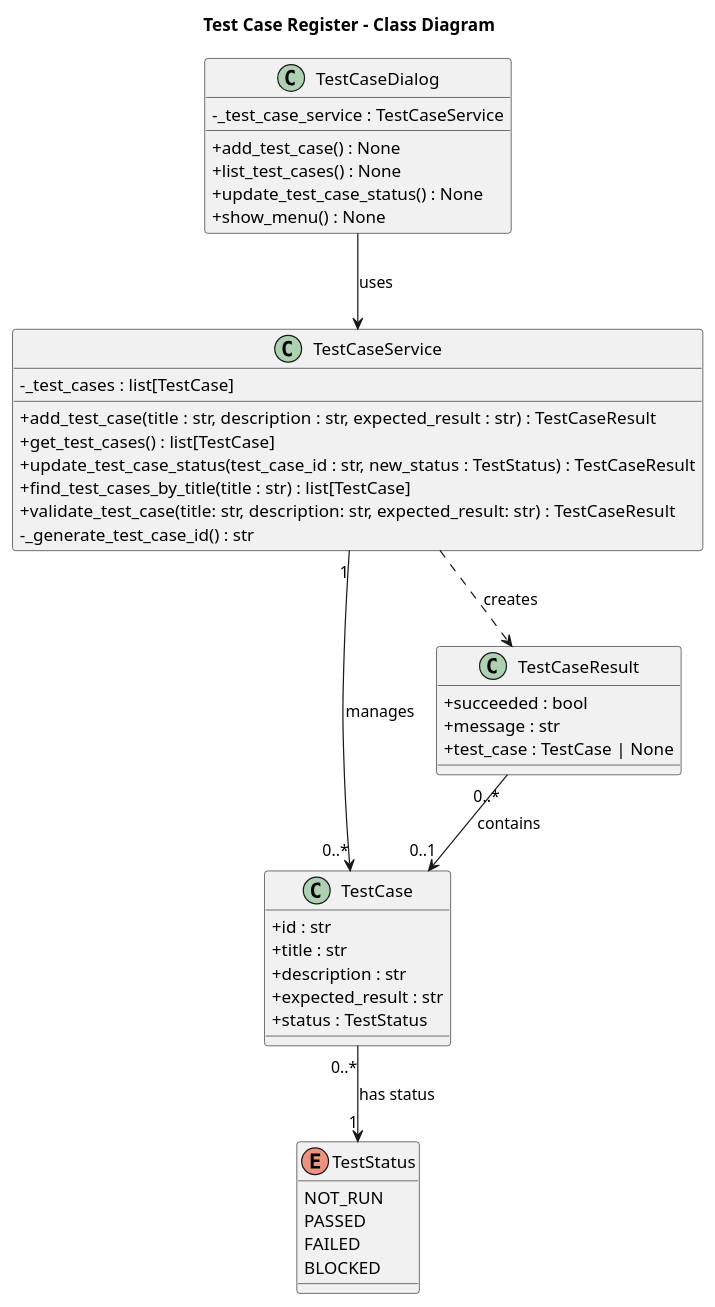
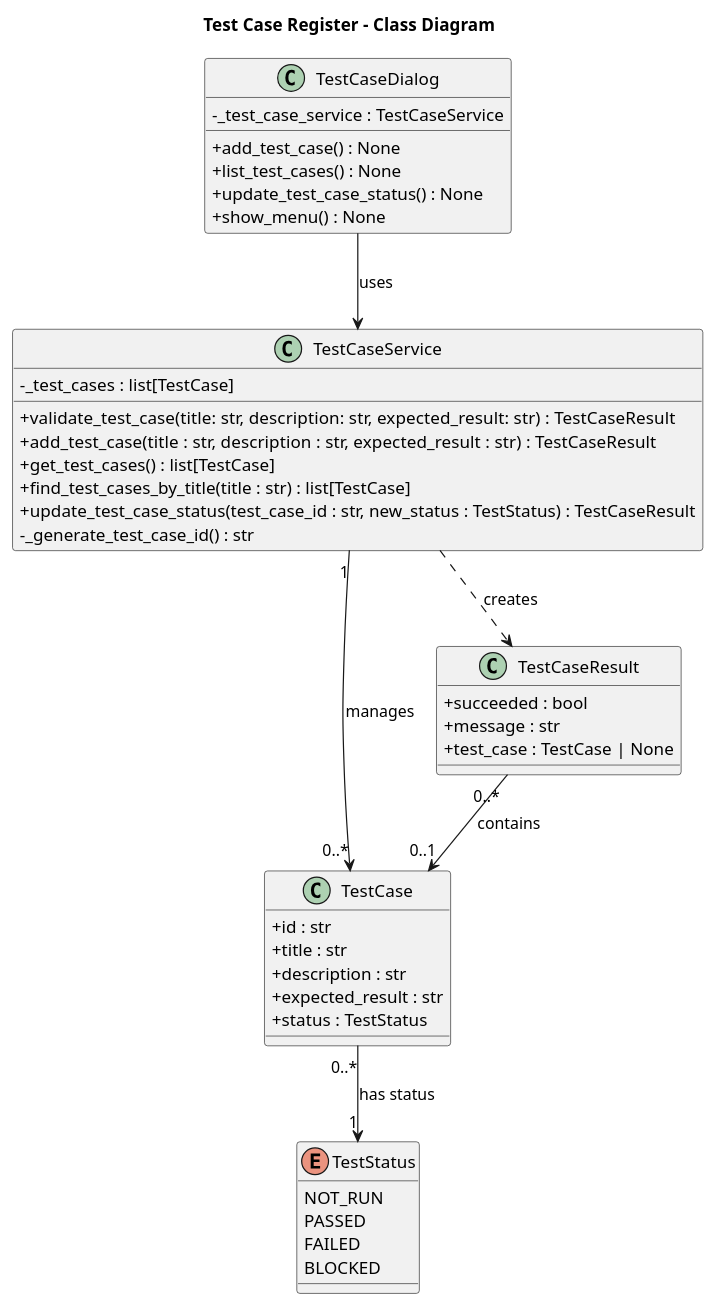
Before and after one commit to h-jungar/OOP: the diagram in test_case_register-app/tc_class_diagram.puml, drawn with PlantUML. The commit also changed other lines of this file and 3 other files, not shown here.

```diff
--- a/test_case_register-app/tc_class_diagram.puml
+++ b/test_case_register-app/tc_class_diagram.puml
@@ -1,52 +1,52 @@
 @startuml classdiagram
     title Test Case Register - Class Diagram
 
     skinparam classAttributeIconSize 0
 
     class TestCase {
         +id : str
         +title : str
         +description : str
         +expected_result : str
         +status : TestStatus
     }
 
     enum TestStatus {
         NOT_RUN
         PASSED
         FAILED
         BLOCKED
     }
 
     class TestCaseResult {
         +succeeded : bool
         +message : str
         +test_case : TestCase | None
     }
 
     class TestCaseService {
         -_test_cases : list[TestCase]
+        +validate_test_case(title: str, description: str, expected_result: str) : TestCaseResult
         +add_test_case(title : str, description : str, expected_result : str) : TestCaseResult
         +get_test_cases() : list[TestCase]
+        +find_test_cases_by_title(title : str) : list[TestCase]
         +update_test_case_status(test_case_id : str, new_status : TestStatus) : TestCaseResult
-        +find_test_cases_by_title(title : str) : list[TestCase]
-        +validate_test_case(title: str, description: str, expected_result: str) : TestCaseResult
         -_generate_test_case_id() : str
 }
 
     class TestCaseDialog {
         -_test_case_service : TestCaseService
         +add_test_case() : None
         +list_test_cases() : None
         +update_test_case_status() : None
         +show_menu() : None
     }
 
     ' Relationships
     TestCaseDialog --> TestCaseService : uses
     TestCaseService "1" --> "0..*" TestCase : manages
     TestCaseService ..> TestCaseResult : creates
     TestCaseResult "0..*" --> "0..1" TestCase : contains
     TestCase "0..*" --> "1" TestStatus : has status
 
 @enduml
```
